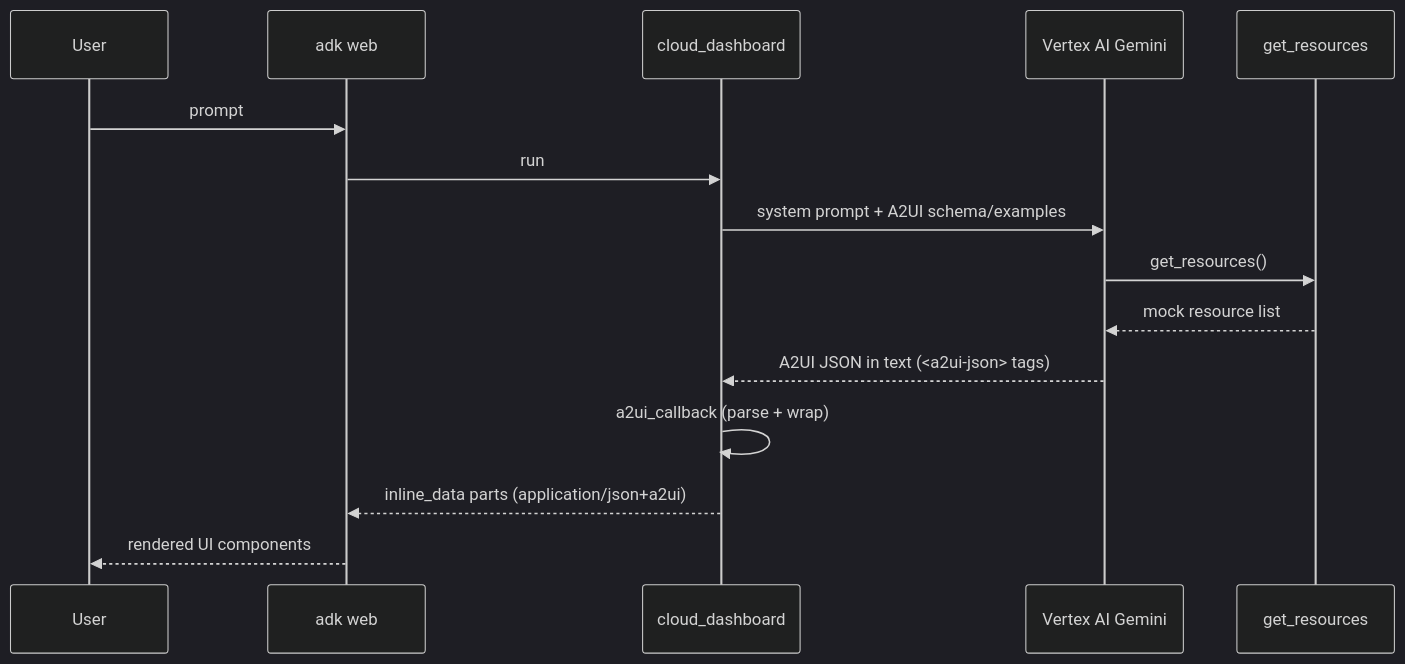
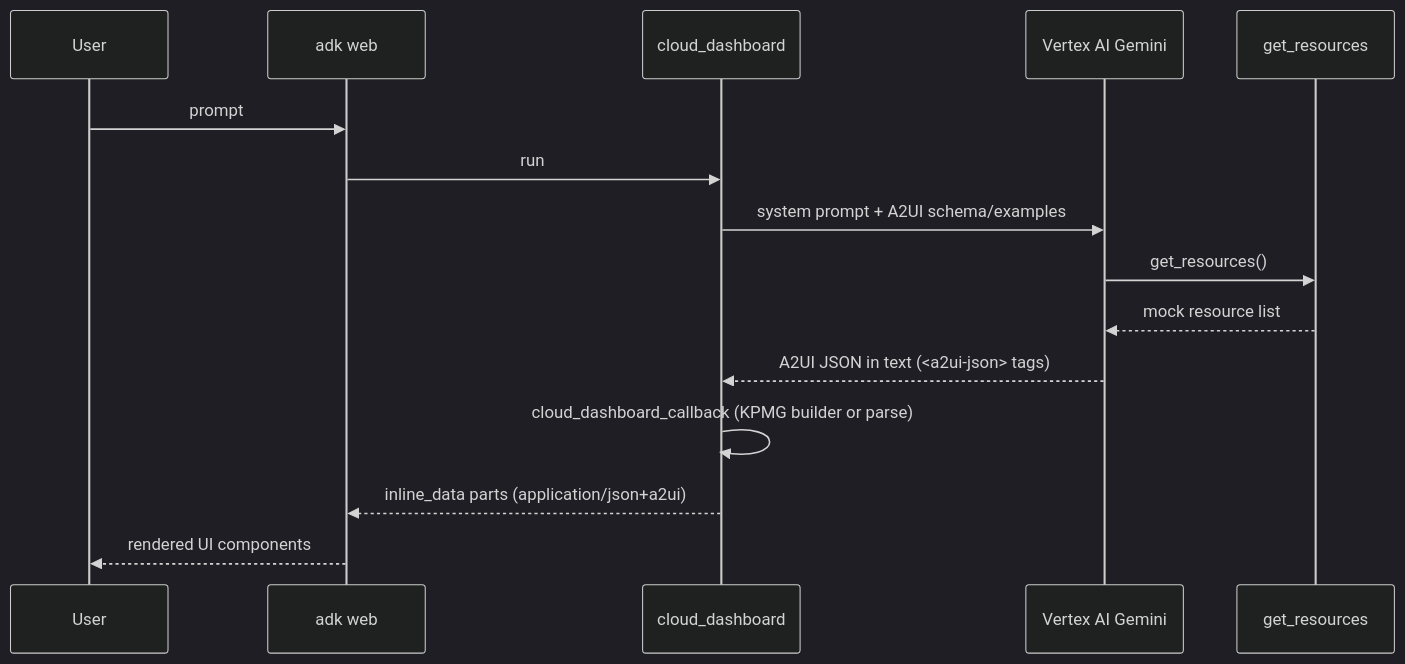
The diagram in poc/README.md (lalitanjalib-ai/ge-agent-hub), drawn with Mermaid (dark theme) before and after one commit. The commit also changed other lines of this file and 11 other files, not shown here.

````diff
--- a/poc/README.md
+++ b/poc/README.md
@@ -79,18 +89,18 @@
 ```mermaid
 sequenceDiagram
     participant User
     participant ADK as adk web
     participant Agent as cloud_dashboard
     participant LLM as Vertex AI Gemini
     participant Tool as get_resources
 
     User->>ADK: prompt
     ADK->>Agent: run
     Agent->>LLM: system prompt + A2UI schema/examples
     LLM->>Tool: get_resources()
     Tool-->>LLM: mock resource list
     LLM-->>Agent: A2UI JSON in text (<a2ui-json> tags)
-    Agent->>Agent: a2ui_callback (parse + wrap)
+    Agent->>Agent: cloud_dashboard_callback (KPMG builder or parse)
     Agent-->>ADK: inline_data parts (application/json+a2ui)
     ADK-->>User: rendered UI components
 ```
````
